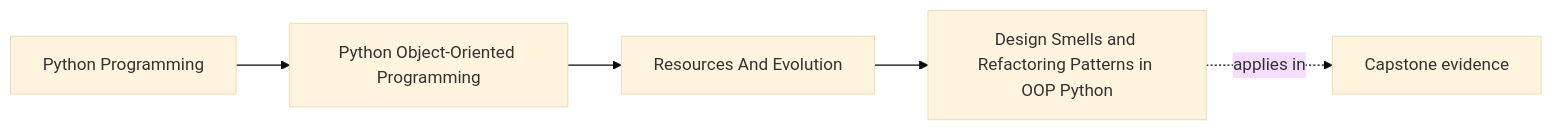
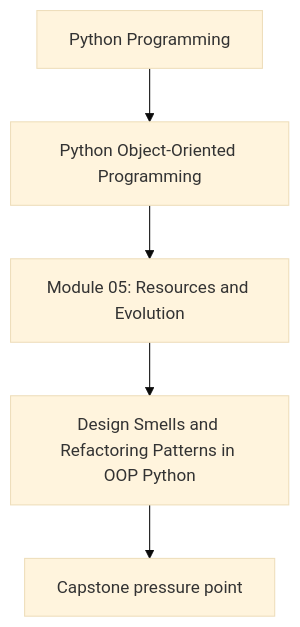
One commit to bijux/bijux-masterclass changed the first of 2 diagrams in programs/python-programming/python-object-oriented-programming/course-book/module-05-resources-and-evolution/design-smells-and-refactoring-patterns.md. Above: the diagram before and after it, drawn with Mermaid (base theme). The commit also changed other lines of this file and 107 other files, not shown here.

Commit message:
docs(python-object-oriented-programming): align concept page diagrams

````diff
--- a/programs/python-programming/python-object-oriented-programming/course-book/module-05-resources-and-evolution/design-smells-and-refactoring-patterns.md
+++ b/programs/python-programming/python-object-oriented-programming/course-book/module-05-resources-and-evolution/design-smells-and-refactoring-patterns.md
@@ -7,11 +7,7 @@
 ```mermaid
-graph LR
-  family["Python Programming"]
-  program["Python Object-Oriented Programming"]
-  section["Resources And Evolution"]
-  page["Design Smells and Refactoring Patterns in OOP Python"]
-  capstone["Capstone evidence"]
-
-  family --> program --> section --> page
-  page -.applies in.-> capstone
+flowchart TD
+  family["Python Programming"] --> program["Python Object-Oriented Programming"]
+  program --> module["Module 05: Resources and Evolution"]
+  module --> concept["Design Smells and Refactoring Patterns in OOP Python"]
+  concept --> capstone["Capstone pressure point"]
 ```
````
